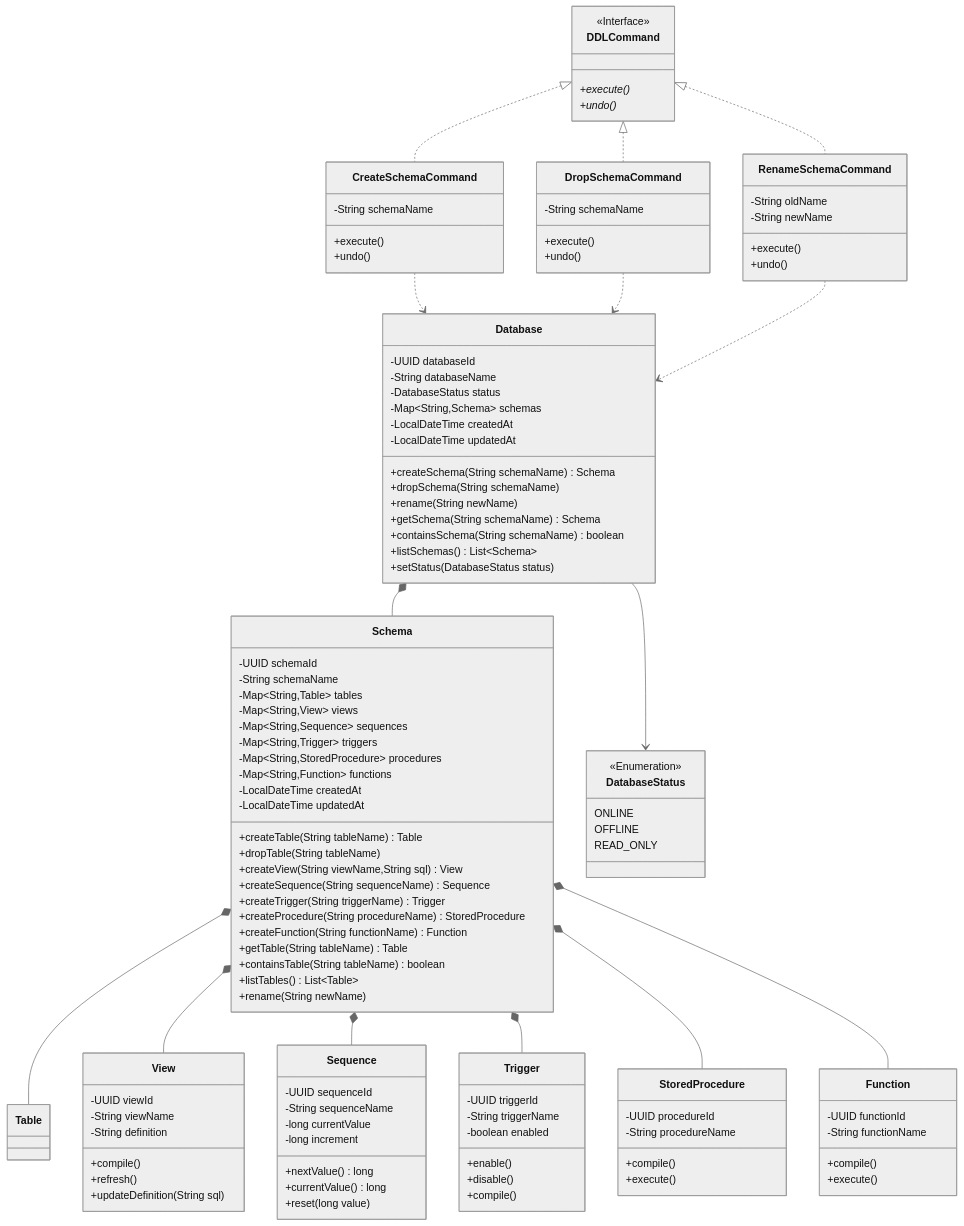
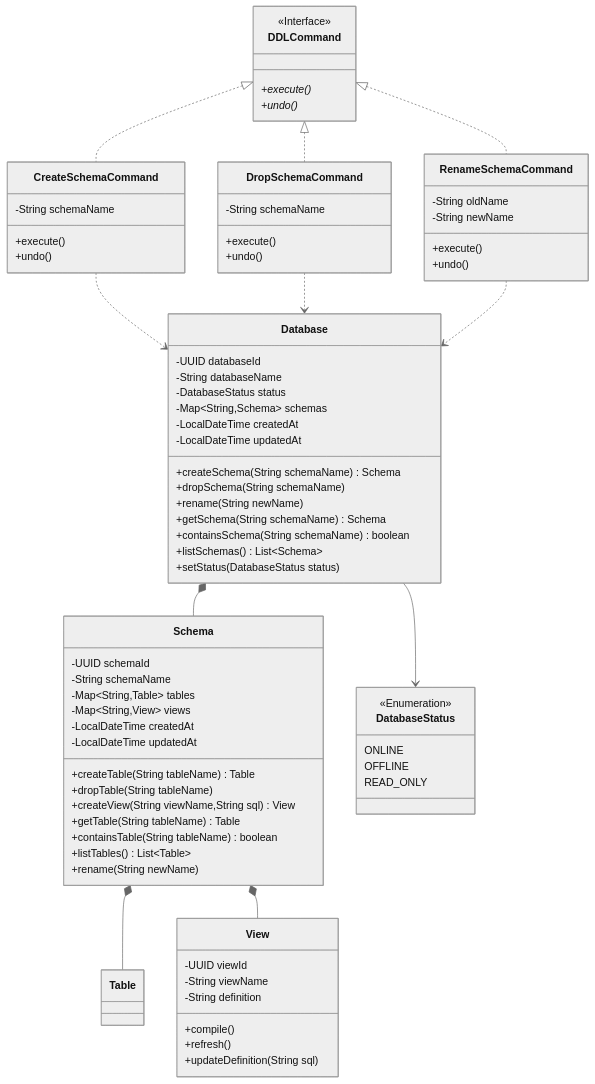
One commit to Dikhang1112/Database_Management_BBV changed the diagram in docs/class_diagram/metadata/detail/Schema.md. Above: the diagram before and after it, drawn with Mermaid (neutral theme). The commit also changed 40 other files, not shown here.

```diff
--- a/docs/class_diagram/metadata/detail/Schema.md
+++ b/docs/class_diagram/metadata/detail/Schema.md
@@ -37,10 +37,6 @@
 
         -Map~String,Table~ tables
         -Map~String,View~ views
-        -Map~String,Sequence~ sequences
-        -Map~String,Trigger~ triggers
-        -Map~String,StoredProcedure~ procedures
-        -Map~String,Function~ functions
 
         -LocalDateTime createdAt
         -LocalDateTime updatedAt
@@ -49,10 +45,6 @@
         +dropTable(String tableName)
 
         +createView(String viewName,String sql) View
-        +createSequence(String sequenceName) Sequence
-        +createTrigger(String triggerName) Trigger
-        +createProcedure(String procedureName) StoredProcedure
-        +createFunction(String functionName) Function
 
         +getTable(String tableName) Table
         +containsTable(String tableName) boolean
@@ -76,47 +68,6 @@
         +compile()
         +refresh()
         +updateDefinition(String sql)
-    }
-
-    class Sequence{
-
-        -UUID sequenceId
-        -String sequenceName
-        -long currentValue
-        -long increment
-
-        +nextValue() long
-        +currentValue() long
-        +reset(long value)
-    }
-
-    class Trigger{
-
-        -UUID triggerId
-        -String triggerName
-        -boolean enabled
-
-        +enable()
-        +disable()
-        +compile()
-    }
-
-    class StoredProcedure{
-
-        -UUID procedureId
-        -String procedureName
-
-        +compile()
-        +execute()
-    }
-
-    class Function{
-
-        -UUID functionId
-        -String functionName
-
-        +compile()
-        +execute()
     }
 
 %% =====================================================
@@ -175,10 +126,6 @@
 
     Schema *-- Table
     Schema *-- View
-    Schema *-- Sequence
-    Schema *-- Trigger
-    Schema *-- StoredProcedure
-    Schema *-- Function
 
     Database --> DatabaseStatus
 
```
